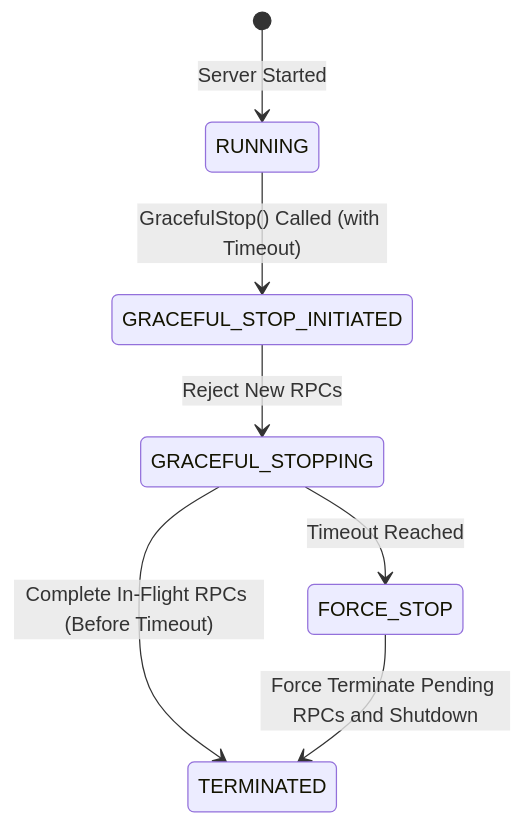
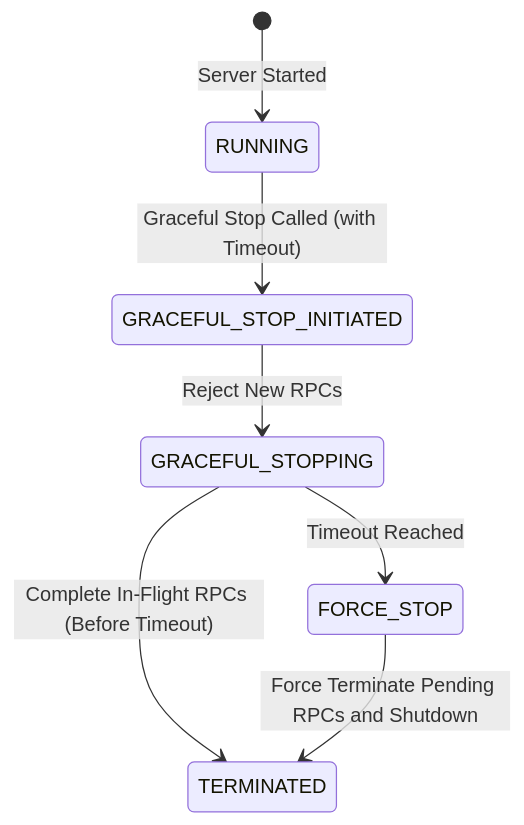
Before and after one commit to grpc/grpc.io: the second of 2 diagrams in content/en/docs/guides/server-graceful-stop.md, drawn with Mermaid. The commit also changed other lines of this file, not shown here.

````diff
--- a/content/en/docs/guides/server-graceful-stop.md
+++ b/content/en/docs/guides/server-graceful-stop.md
@@ -63,9 +62,9 @@
 ```mermaid
 stateDiagram-v2
     [*] --> RUNNING : Server Started
-    RUNNING --> GRACEFUL_STOP_INITIATED : GracefulStop() Called (with Timeout)
+    RUNNING --> GRACEFUL_STOP_INITIATED : Graceful Stop Called (with Timeout)
     GRACEFUL_STOP_INITIATED --> GRACEFUL_STOPPING : Reject New RPCs
     GRACEFUL_STOPPING --> TERMINATED : Complete In-Flight RPCs (Before Timeout)
     GRACEFUL_STOPPING --> FORCE_STOP : Timeout Reached
     FORCE_STOP --> TERMINATED : Force Terminate Pending RPCs and Shutdown
 ```
````
